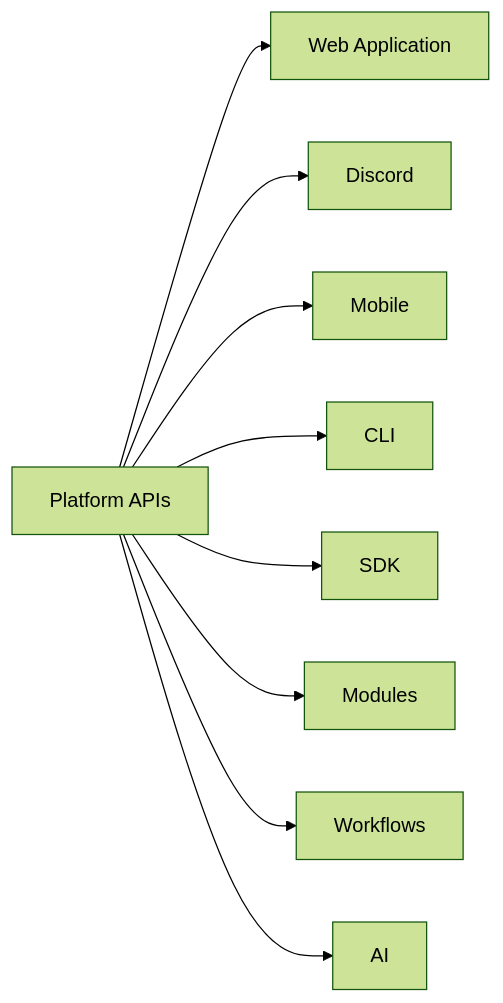
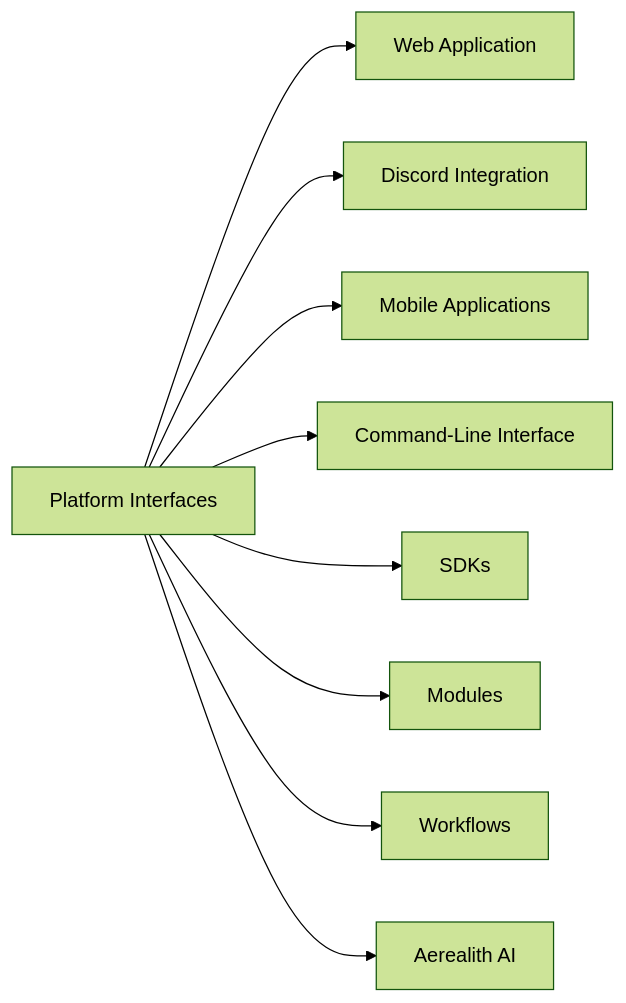
The fourth of 4 diagrams in docs/vision/Product Philosophy.md (SinLess-Games/Aerealith), drawn with Mermaid (forest theme) before and after one commit. The commit also changed other lines of this file and 1352 other files, not shown here.

````diff
--- a/docs/vision/Product Philosophy.md
+++ b/docs/vision/Product Philosophy.md
@@ -297,14 +496,13 @@
 ```mermaid
 flowchart LR
+    Interfaces["Platform Interfaces"]
 
-API["Platform APIs"]
-
-API --> Web["Web Application"]
-API --> Discord
-API --> Mobile
-API --> CLI
-API --> SDK
-API --> Modules
-API --> Workflows
-API --> AI
+    Interfaces --> Web["Web Application"]
+    Interfaces --> Discord["Discord Integration"]
+    Interfaces --> Mobile["Mobile Applications"]
+    Interfaces --> CLI["Command-Line Interface"]
+    Interfaces --> SDK["SDKs"]
+    Interfaces --> Modules["Modules"]
+    Interfaces --> Workflows["Workflows"]
+    Interfaces --> Assistant["Aerealith AI"]
 ```
````
